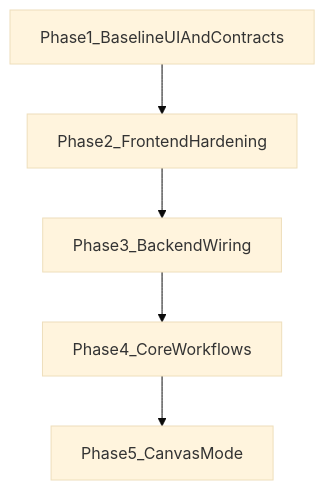
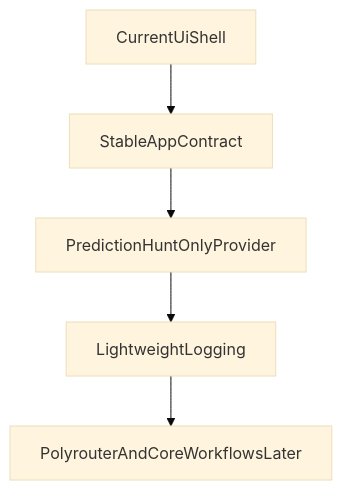
One commit to yashvisal/prediction-market-assistant changed the diagram in .cursor/plans/v1.plan.md. Above: the diagram before and after it, drawn with Mermaid (base theme). The commit also changed other lines of this file and 1 other file, not shown here.

First line of the commit message:
docs(plans): align Cursor plans with Prediction Hunt plumbing stage

````diff
--- a/.cursor/plans/v1.plan.md
+++ b/.cursor/plans/v1.plan.md
@@ -158,7 +44,7 @@
 ```mermaid
 flowchart TD
-    phase1[Phase1_BaselineUIAndContracts] --> phase2[Phase2_FrontendHardening]
-    phase2 --> phase3[Phase3_BackendWiring]
-    phase3 --> phase4[Phase4_CoreWorkflows]
-    phase4 --> phase5[Phase5_CanvasMode]
+    currentUi[CurrentUiShell] --> appContract[StableAppContract]
+    appContract --> phOnly[PredictionHuntOnlyProvider]
+    phOnly --> logging[LightweightLogging]
+    logging --> nextPhase[PolyrouterAndCoreWorkflowsLater]
 ```
````
